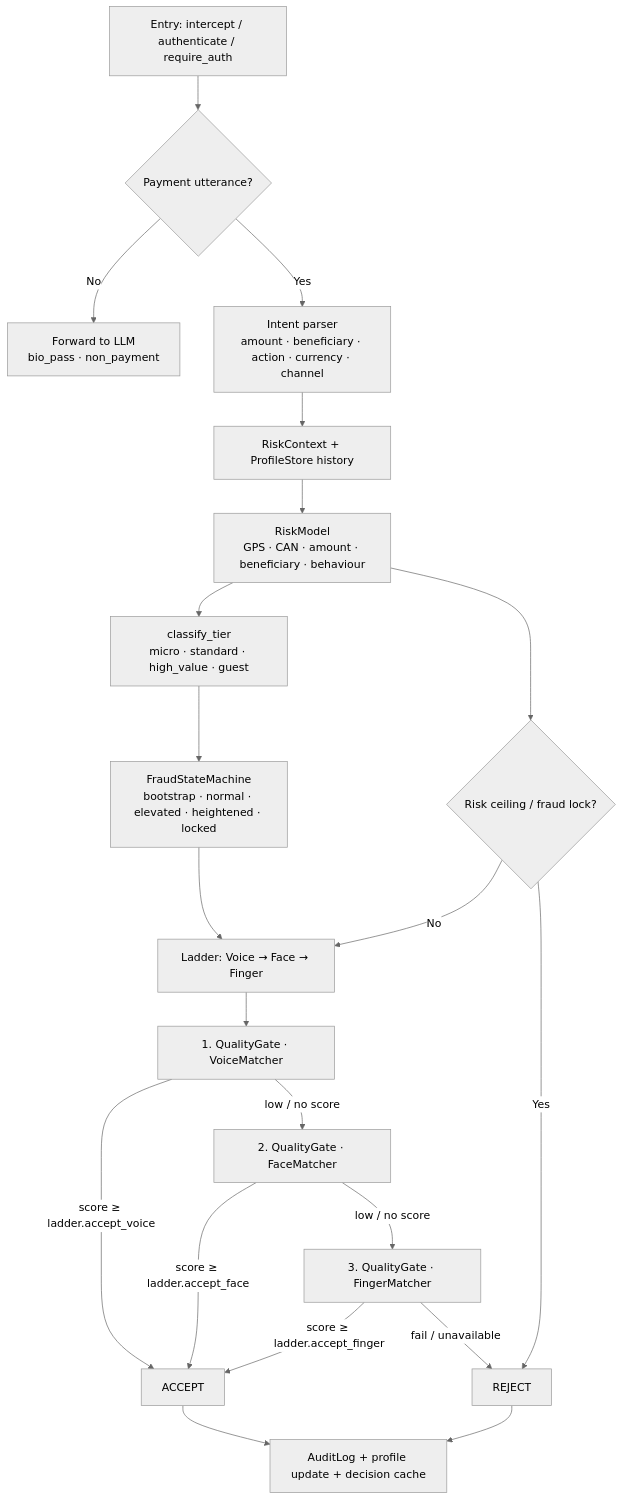
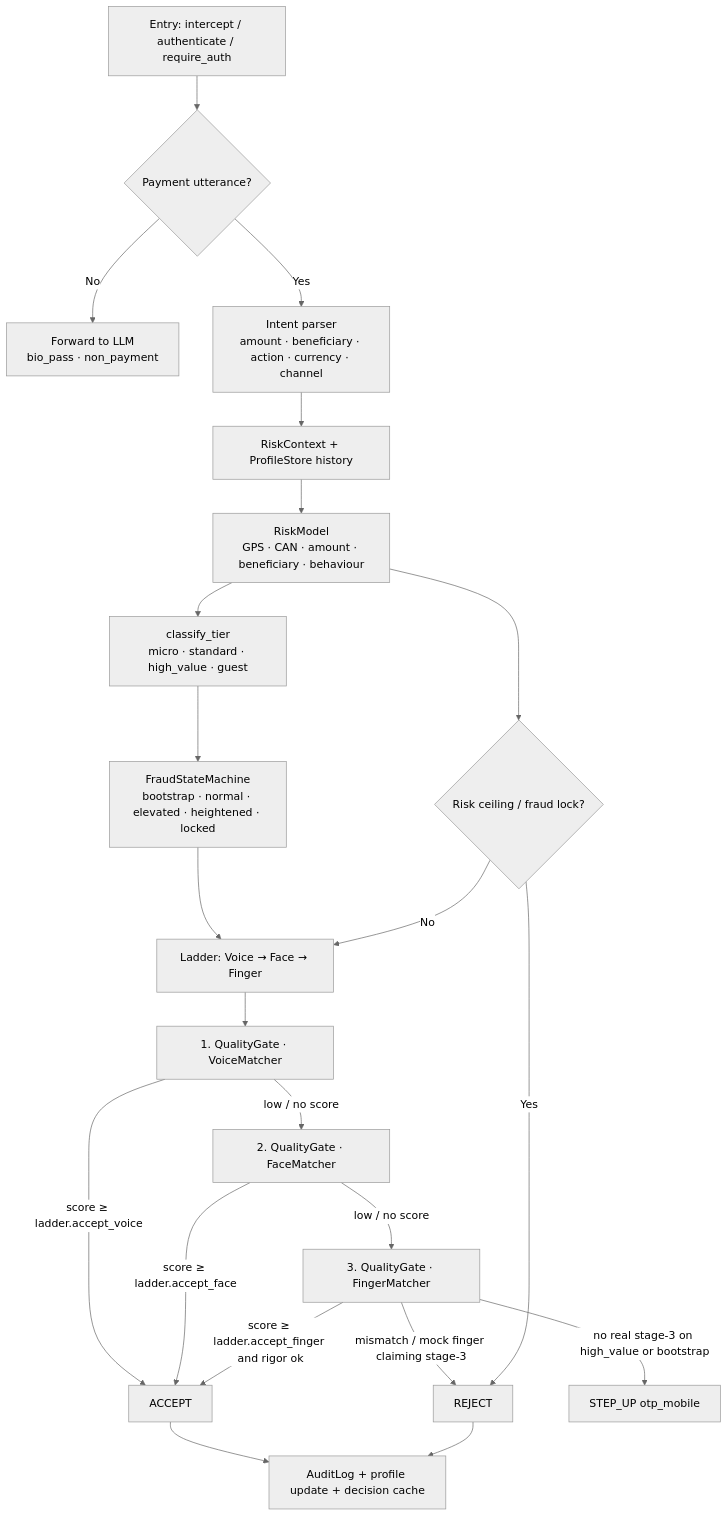
One commit to couder-04/Drive_auth_edge changed the third of 8 diagrams in README.md. Above: the diagram before and after it, drawn with Mermaid (neutral theme). The commit also changed other lines of this file and 8 other files, not shown here.

````diff
--- a/README.md
+++ b/README.md
@@ -141,28 +142,29 @@
 ```mermaid
 flowchart TD
   IN["Entry: intercept / authenticate / require_auth"] --> PAY{Payment utterance?}
 
   PAY -->|No| BYPASS["Forward to LLM\nbio_pass · non_payment"]
   PAY -->|Yes| INTENT["Intent parser\namount · beneficiary · action · currency · channel"]
 
   INTENT --> CTX["RiskContext + ProfileStore history"]
   CTX --> RISK["RiskModel\nGPS · CAN · amount · beneficiary · behaviour"]
   RISK --> TIER["classify_tier\nmicro · standard · high_value · guest"]
   TIER --> FRAUD["FraudStateMachine\nbootstrap · normal · elevated · heightened · locked"]
 
   FRAUD --> ESC["Ladder: Voice → Face → Finger"]
   ESC --> QV["1. QualityGate · VoiceMatcher"]
   QV -->|score ≥ ladder.accept_voice| ACC[ACCEPT]
   QV -->|low / no score| QF["2. QualityGate · FaceMatcher"]
   QF -->|score ≥ ladder.accept_face| ACC
   QF -->|low / no score| QG["3. QualityGate · FingerMatcher"]
-  QG -->|score ≥ ladder.accept_finger| ACC
-  QG -->|fail / unavailable| REJ[REJECT]
+  QG -->|score ≥ ladder.accept_finger and rigor ok| ACC[ACCEPT]
+  QG -->|mismatch / mock finger claiming stage-3| REJ[REJECT]
+  QG -->|no real stage-3 on high_value or bootstrap| SU[STEP_UP otp_mobile]
 
   RISK --> HARD{Risk ceiling / fraud lock?}
   HARD -->|Yes| REJ
   HARD -->|No| ESC
 
   ACC --> POST["AuditLog + profile update + decision cache"]
   REJ --> POST
 ```
````
